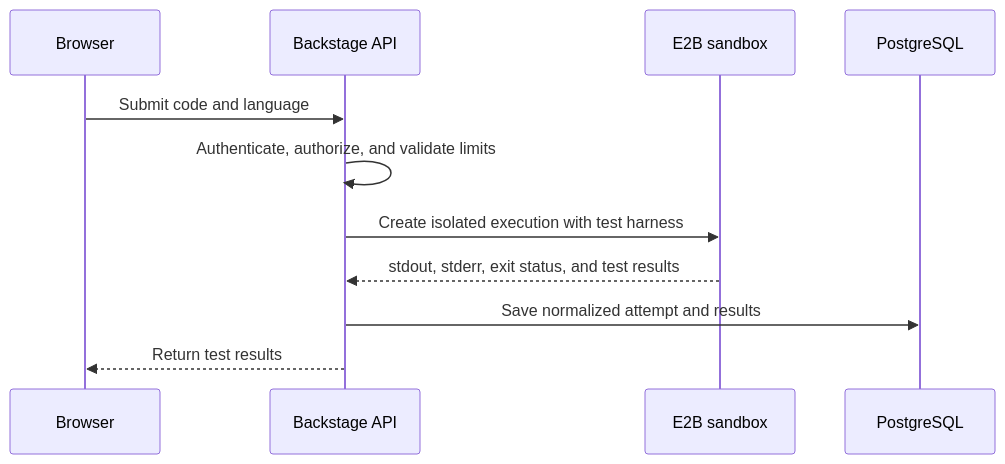
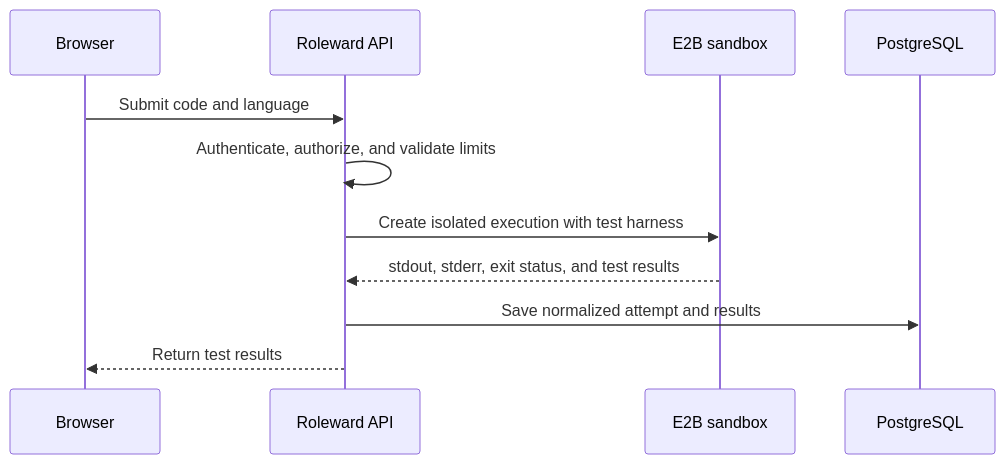
Before and after one commit to amansriven/Roleward: the second of 2 diagrams in docs/ARCHITECTURE.md, drawn with Mermaid. The commit also changed other lines of this file and 81 other files, not shown here.

Commit message:
backstage -> roleward

````diff
--- a/docs/ARCHITECTURE.md
+++ b/docs/ARCHITECTURE.md
@@ -208,14 +208,14 @@
 ```mermaid
 sequenceDiagram
     participant B as Browser
-    participant A as Backstage API
+    participant A as Roleward API
     participant X as E2B sandbox
     participant D as PostgreSQL
 
     B->>A: Submit code and language
     A->>A: Authenticate, authorize, and validate limits
     A->>X: Create isolated execution with test harness
     X-->>A: stdout, stderr, exit status, and test results
     A->>D: Save normalized attempt and results
     A-->>B: Return test results
 ```
````
